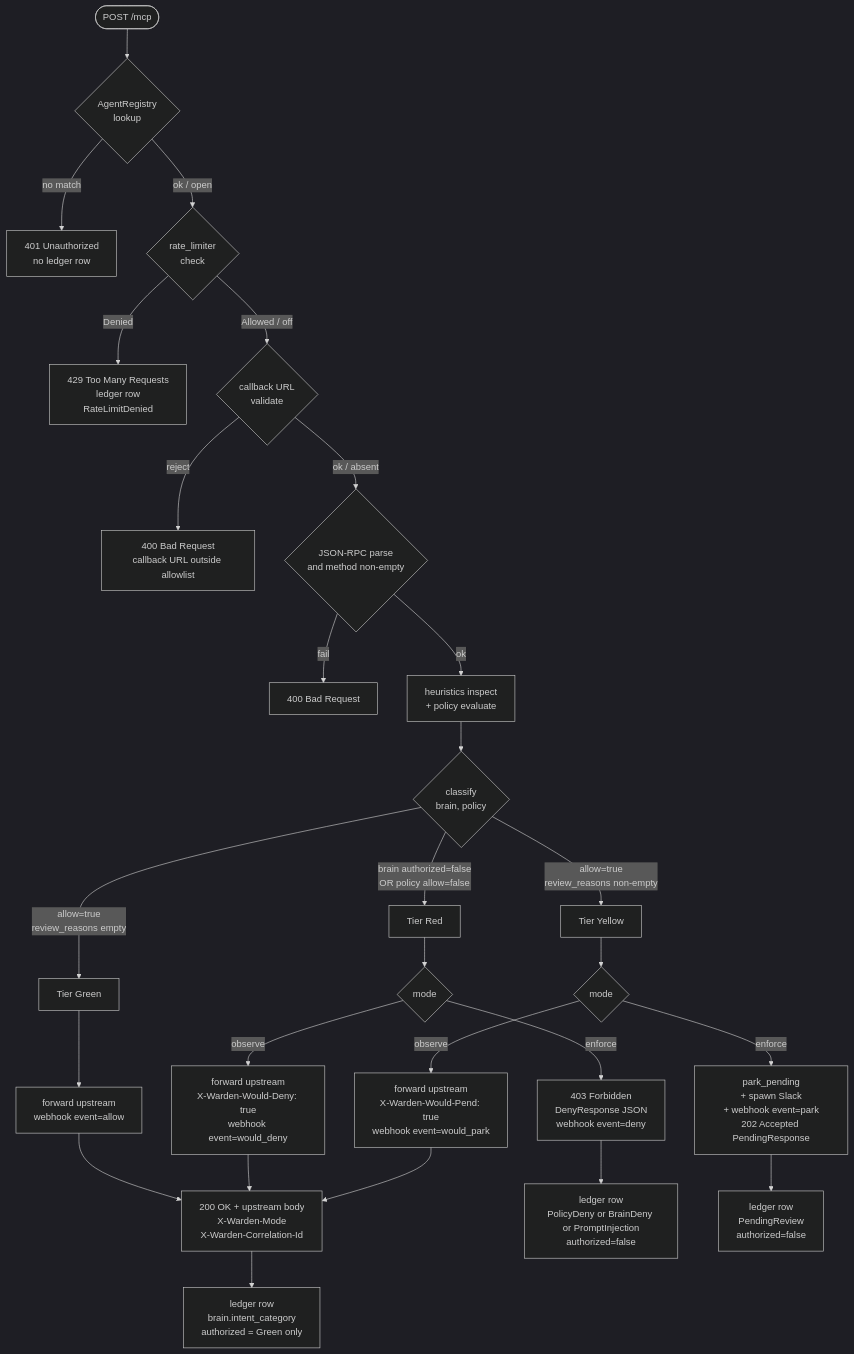
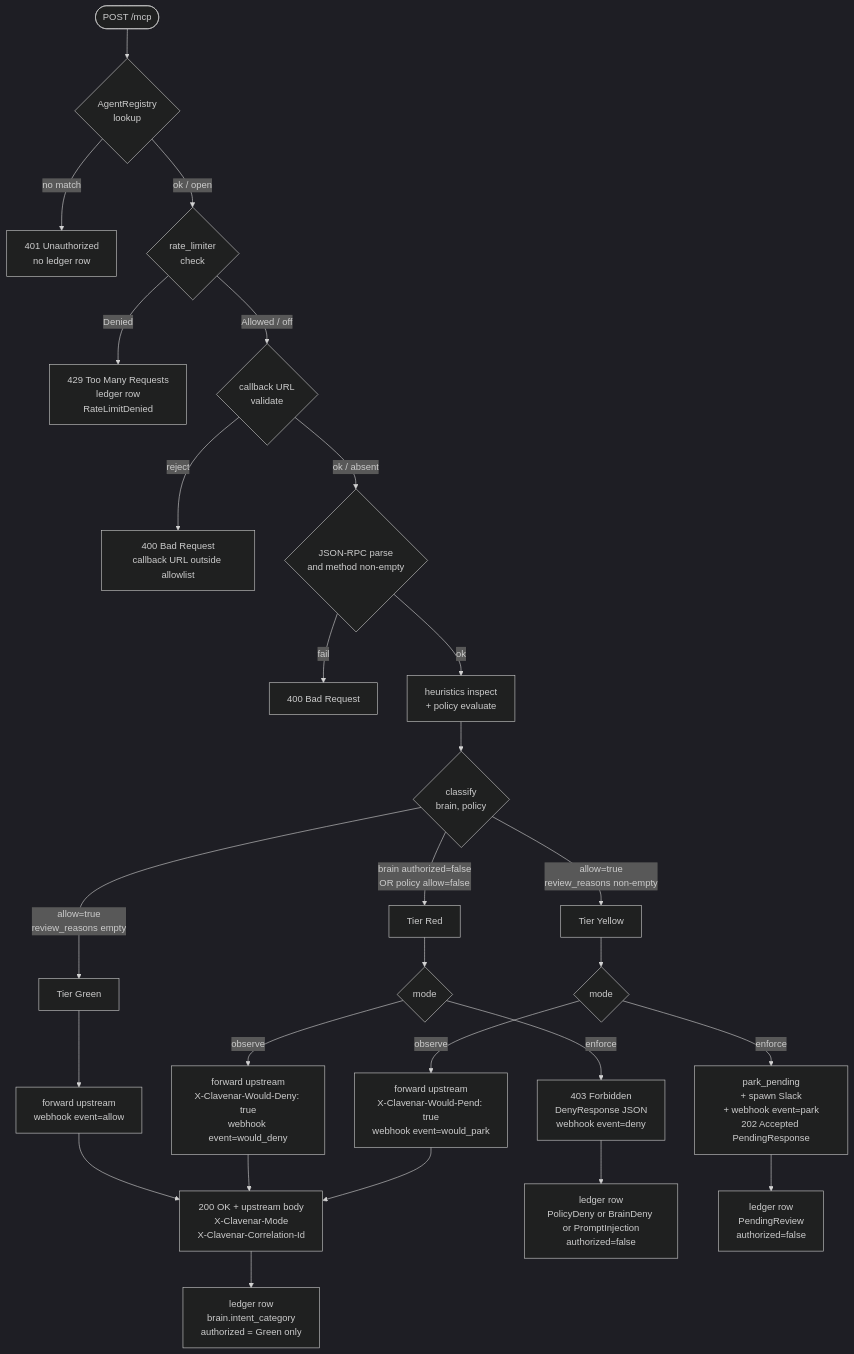
The sixth of 6 diagrams in docs/SEQUENCES.md (clavenar/clavenar-lite), drawn with Mermaid (dark theme) before and after one commit. The commit also changed other lines of this file and 24 other files, not shown here.

First line of the commit message:
Rename product Agent Warden → Clavenar

````diff
--- a/docs/SEQUENCES.md
+++ b/docs/SEQUENCES.md
@@ -328,34 +328,34 @@
 ```mermaid
 flowchart TD
     Start([POST /mcp]) --> Auth{AgentRegistry<br/>lookup}
     Auth -->|no match| H401[401 Unauthorized<br/>no ledger row]
     Auth -->|ok / open| Rate{rate_limiter<br/>check}
     Rate -->|Denied| H429[429 Too Many Requests<br/>ledger row<br/>RateLimitDenied]
     Rate -->|Allowed / off| CB{callback URL<br/>validate}
     CB -->|reject| H400CB[400 Bad Request<br/>callback URL outside allowlist]
     CB -->|ok / absent| Parse{JSON-RPC parse<br/>and method non-empty}
     Parse -->|fail| H400[400 Bad Request]
     Parse -->|ok| Pipe[heuristics inspect<br/>+ policy evaluate]
     Pipe --> Tier{classify<br/>brain, policy}
 
     Tier -->|brain authorized=false<br/>OR policy allow=false| Red[Tier Red]
     Tier -->|allow=true<br/>review_reasons non-empty| Yellow[Tier Yellow]
     Tier -->|allow=true<br/>review_reasons empty| Green[Tier Green]
 
     Red --> ModeR{mode}
     ModeR -->|enforce| R403[403 Forbidden<br/>DenyResponse JSON<br/>webhook event=deny]
-    ModeR -->|observe| RFwd[forward upstream<br/>X-Warden-Would-Deny: true<br/>webhook event=would_deny]
+    ModeR -->|observe| RFwd[forward upstream<br/>X-Clavenar-Would-Deny: true<br/>webhook event=would_deny]
 
     Yellow --> ModeY{mode}
     ModeY -->|enforce| Y202[park_pending<br/>+ spawn Slack<br/>+ webhook event=park<br/>202 Accepted PendingResponse]
-    ModeY -->|observe| YFwd[forward upstream<br/>X-Warden-Would-Pend: true<br/>webhook event=would_park]
+    ModeY -->|observe| YFwd[forward upstream<br/>X-Clavenar-Would-Pend: true<br/>webhook event=would_park]
 
     Green --> GFwd[forward upstream<br/>webhook event=allow]
-    GFwd --> OK[200 OK + upstream body<br/>X-Warden-Mode<br/>X-Warden-Correlation-Id]
+    GFwd --> OK[200 OK + upstream body<br/>X-Clavenar-Mode<br/>X-Clavenar-Correlation-Id]
     RFwd --> OK
     YFwd --> OK
 
     R403 --> Ledger1[ledger row<br/>PolicyDeny or BrainDeny or PromptInjection<br/>authorized=false]
     Y202 --> Ledger2[ledger row<br/>PendingReview<br/>authorized=false]
     OK --> Ledger3[ledger row<br/>brain.intent_category<br/>authorized = Green only]
 ```
````
